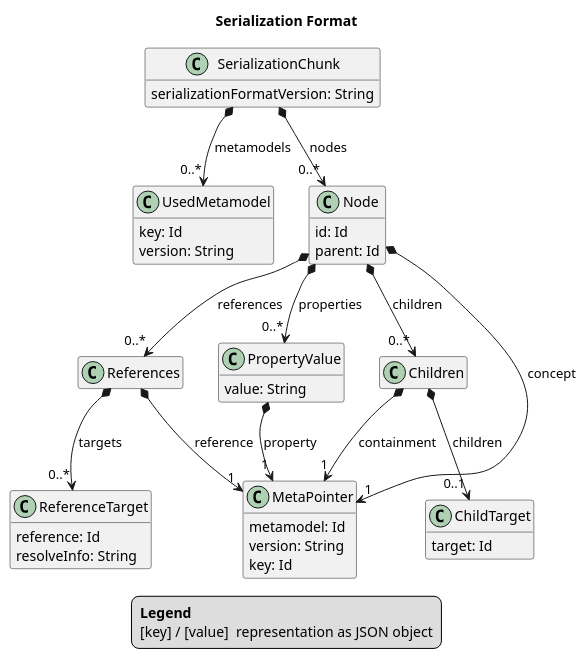
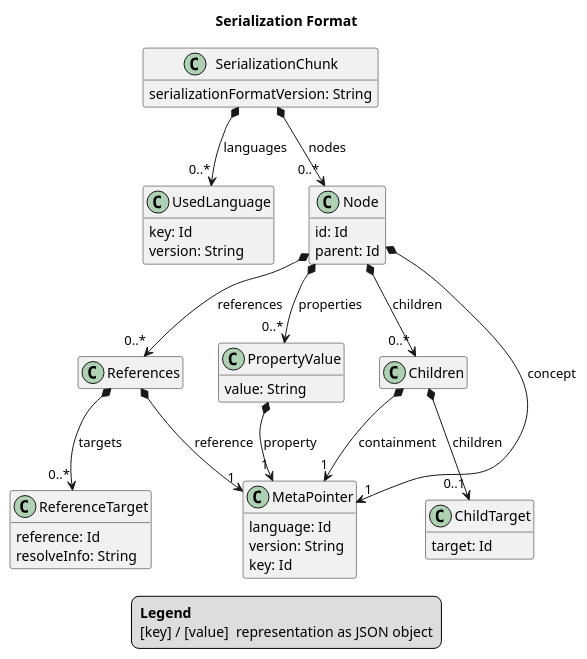
Before and after one commit to LionWeb-io/specification: the diagram in lioncore/serialization.puml, drawn with PlantUML. The commit also changed 7 other files, not shown here.

Commit message:
renamed metamodel to language (#78)

```diff
--- a/lioncore/serialization.puml
+++ b/lioncore/serialization.puml
@@ -1,72 +1,72 @@
 @startuml
 title Serialization Format
 
 hide empty members
 
 legend
     <#transparent,#transparent>|= Legend |= |
     | [key] / [value] | representation as JSON object |
 end legend
 
 class SerializationChunk {
     serializationFormatVersion: String
 }
 
-SerializationChunk *--> "0..*" UsedMetamodel: metamodels
+SerializationChunk *--> "0..*" UsedLanguage: languages
 
-class UsedMetamodel {
+class UsedLanguage {
     key: Id
     version: String
 }
 
 SerializationChunk *--> "0..*" Node: nodes
 
 class Node {
     id: Id
     parent: Id
 }
 
 Node *--> "1" MetaPointer: concept
 
 class MetaPointer {
-    metamodel: Id
+    language: Id
     version: String
     key: Id
 }
 
 Node *--> "0..*" Children: children
 
 class Children {
 }
 
 Children *--> "1" MetaPointer: containment
 
 Children *--> "0..1" ChildTarget: children
 
 class ChildTarget {
     target: Id
 }
 
 Node *--> "0..*" References: references
 
 class References {
 }
 
 References *--> "1" MetaPointer: reference
 
 References *--> "0..*" ReferenceTarget: targets
 
 class ReferenceTarget {
     reference: Id
     resolveInfo: String
 }
 
 Node *--> "0..*" PropertyValue: properties
 
 class PropertyValue {
     value: String
 }
 
 PropertyValue *--> "1" MetaPointer: property
 
 @enduml
```
